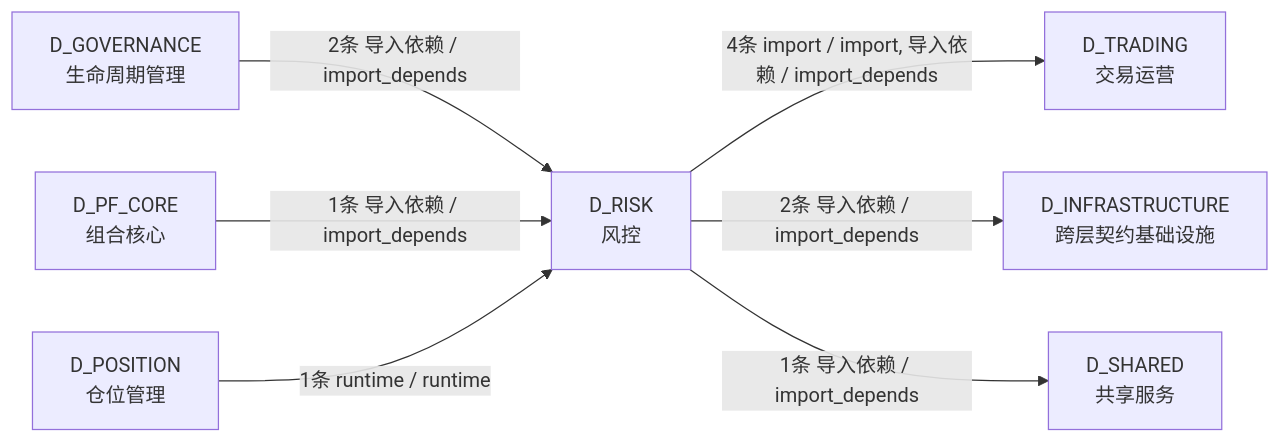
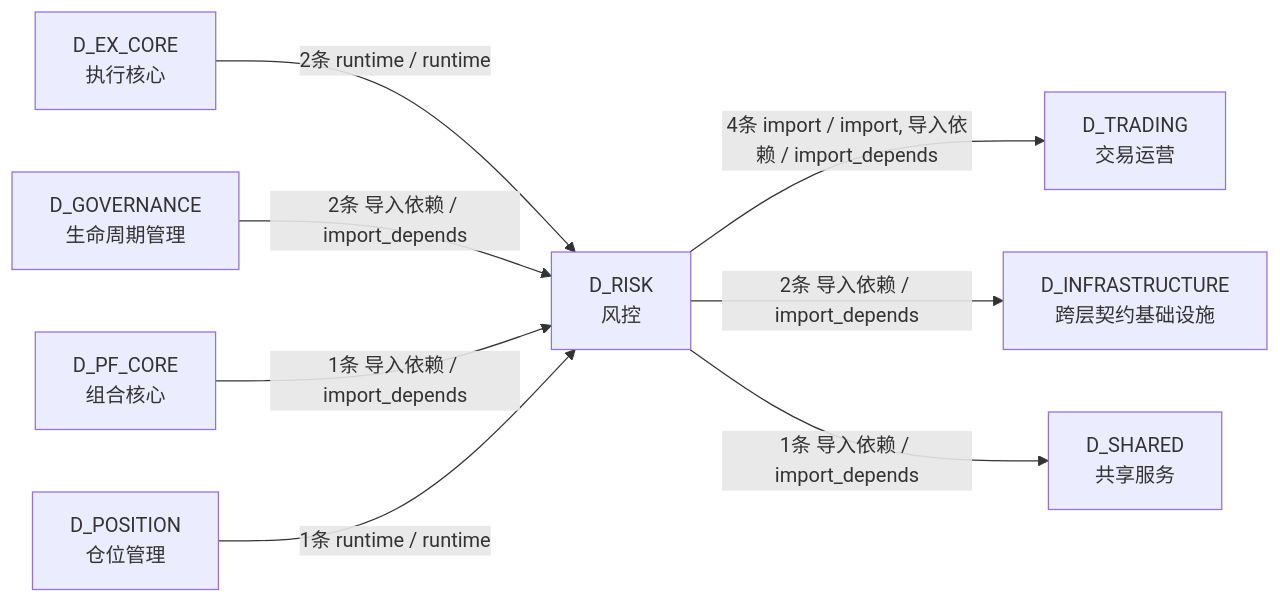
The third of 3 diagrams in docs/02_enterprise_architecture/02_domain_architecture_docs/65_d_risk.md (xuanFelixVan/ZephyrAlpha), drawn with Mermaid before and after one commit. The commit also changed other lines of this file and 43 other files, not shown here.

````diff
--- a/docs/02_enterprise_architecture/02_domain_architecture_docs/65_d_risk.md
+++ b/docs/02_enterprise_architecture/02_domain_architecture_docs/65_d_risk.md
@@ -208,16 +208,18 @@
 ```mermaid
 graph LR
     D_RISK["D_RISK<br/>风控"]
     D_TRADING["D_TRADING<br/>交易运营"]
     D_INFRASTRUCTURE["D_INFRASTRUCTURE<br/>跨层契约基础设施"]
     D_SHARED["D_SHARED<br/>共享服务"]
+    D_EX_CORE["D_EX_CORE<br/>执行核心"]
     D_GOVERNANCE["D_GOVERNANCE<br/>生命周期管理"]
     D_PF_CORE["D_PF_CORE<br/>组合核心"]
     D_POSITION["D_POSITION<br/>仓位管理"]
     D_RISK -->|4条 import / import, 导入依赖 / import_depends| D_TRADING
     D_RISK -->|2条 导入依赖 / import_depends| D_INFRASTRUCTURE
     D_RISK -->|1条 导入依赖 / import_depends| D_SHARED
+    D_EX_CORE -->|2条 runtime / runtime| D_RISK
     D_GOVERNANCE -->|2条 导入依赖 / import_depends| D_RISK
     D_PF_CORE -->|1条 导入依赖 / import_depends| D_RISK
     D_POSITION -->|1条 runtime / runtime| D_RISK
 ```
````
